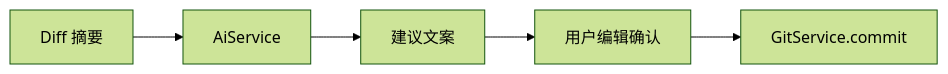
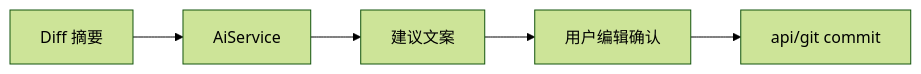
The diagram in docs/product/ai.md (DonutGeek/jl-git), drawn with Mermaid (forest theme) before and after one commit. The commit also changed other lines of this file and 168 other files, not shown here.

````diff
--- a/docs/product/ai.md
+++ b/docs/product/ai.md
@@ -43,7 +43,7 @@
 ```mermaid
 flowchart LR
   Diff[Diff 摘要] --> AI[AiService]
   AI --> Out[建议文案]
   Out --> User[用户编辑确认]
-  User --> Git[GitService.commit]
+  User --> Git[api/git commit]
 ```
````
